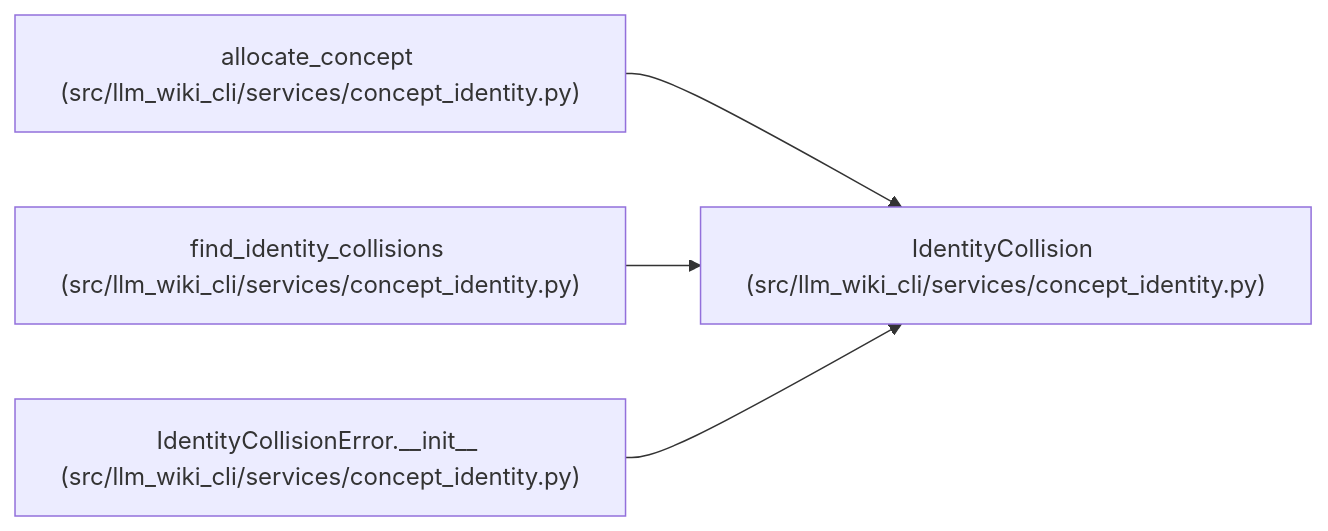
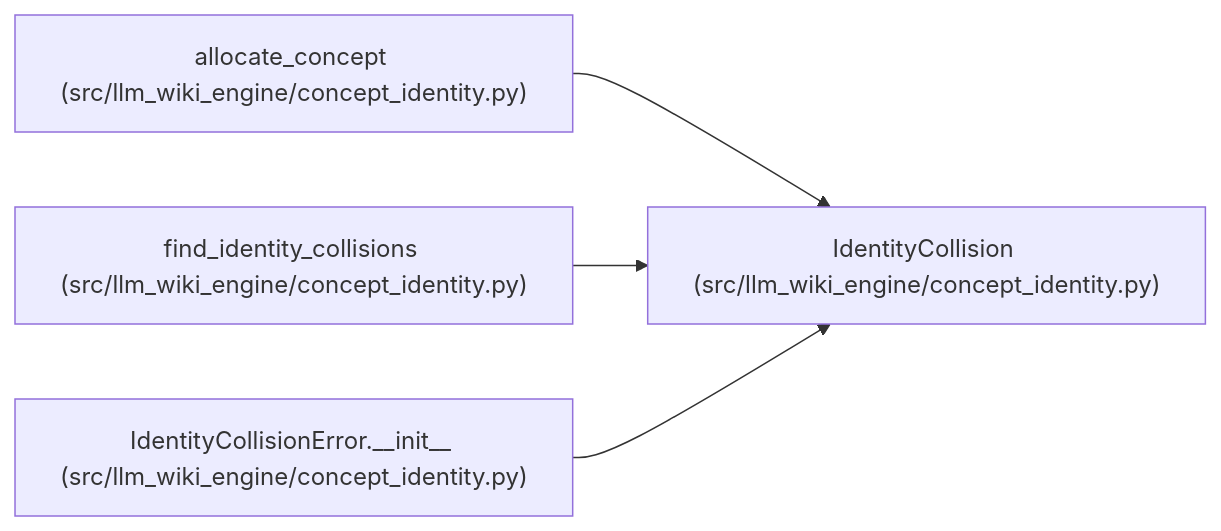
The diagram in docs/llm_wiki/entities/IdentityCollision.md (Denissvgn/python-wiki-llm), drawn with Mermaid before and after one commit. The commit also changed other lines of this file and 1103 other files, not shown here.

First line of the commit message:
docs: refresh the wiki for the llm-wiki-engine distribution

````diff
--- a/docs/llm_wiki/entities/IdentityCollision.md
+++ b/docs/llm_wiki/entities/IdentityCollision.md
@@ -32,14 +32,14 @@
 ```mermaid
 flowchart LR
-    n0["IdentityCollision (src/llm_wiki_cli/services/concept_identity.py)"]
-    n1["allocate_concept (src/llm_wiki_cli/services/concept_identity.py)"]
-    n2["find_identity_collisions (src/llm_wiki_cli/services/concept_identity.py)"]
-    n3["IdentityCollisionError.__init__ (src/llm_wiki_cli/services/concept_identity.py)"]
+    n0["IdentityCollision (src/llm_wiki_engine/concept_identity.py)"]
+    n1["allocate_concept (src/llm_wiki_engine/concept_identity.py)"]
+    n2["find_identity_collisions (src/llm_wiki_engine/concept_identity.py)"]
+    n3["IdentityCollisionError.__init__ (src/llm_wiki_engine/concept_identity.py)"]
     n1 --> n0
     n2 --> n0
     n3 --> n0
     click n0 "../modules/concept_identity.md"
     click n1 "../modules/concept_identity.md"
     click n2 "../modules/concept_identity.md"
     click n3 "../modules/concept_identity.md"
 ```
````
